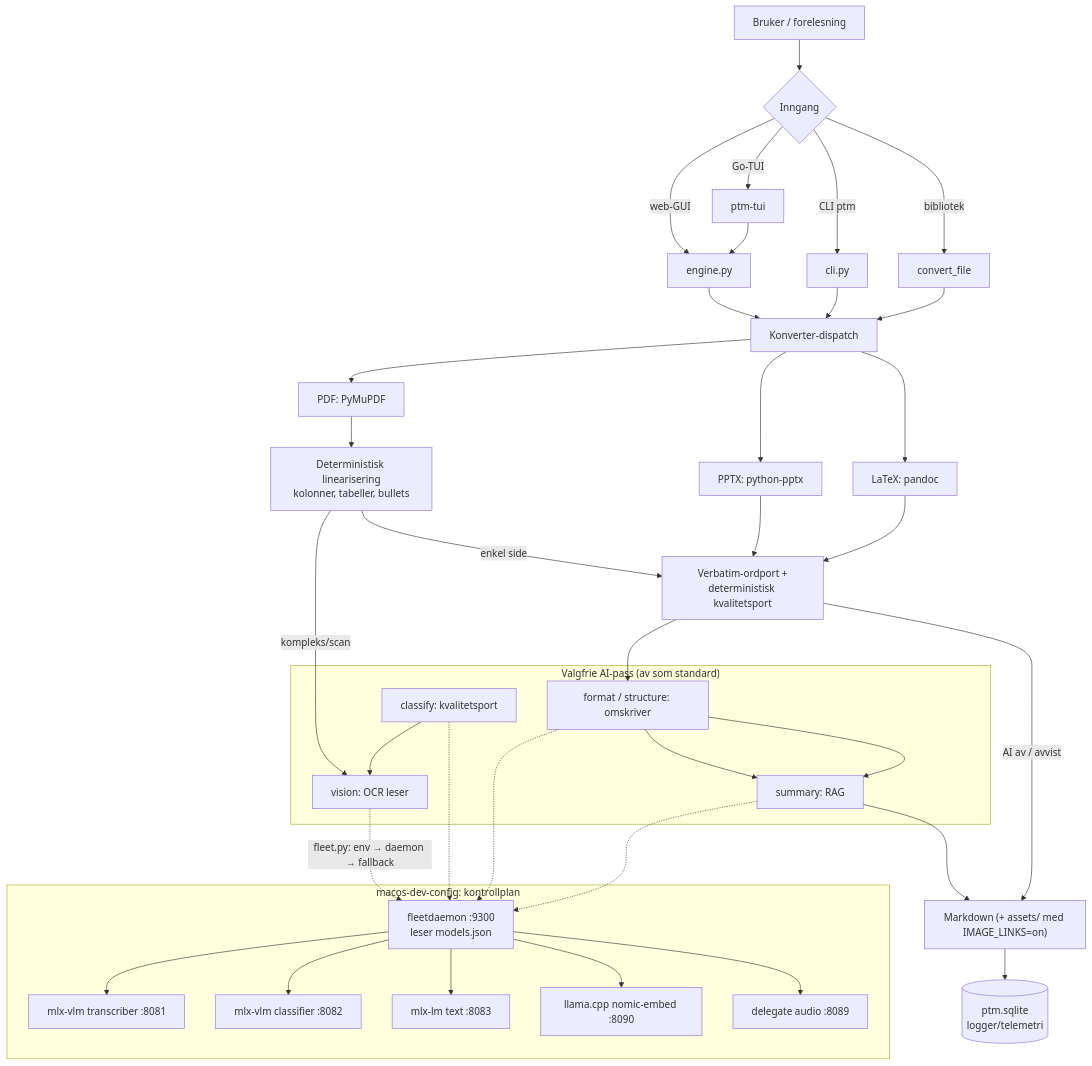
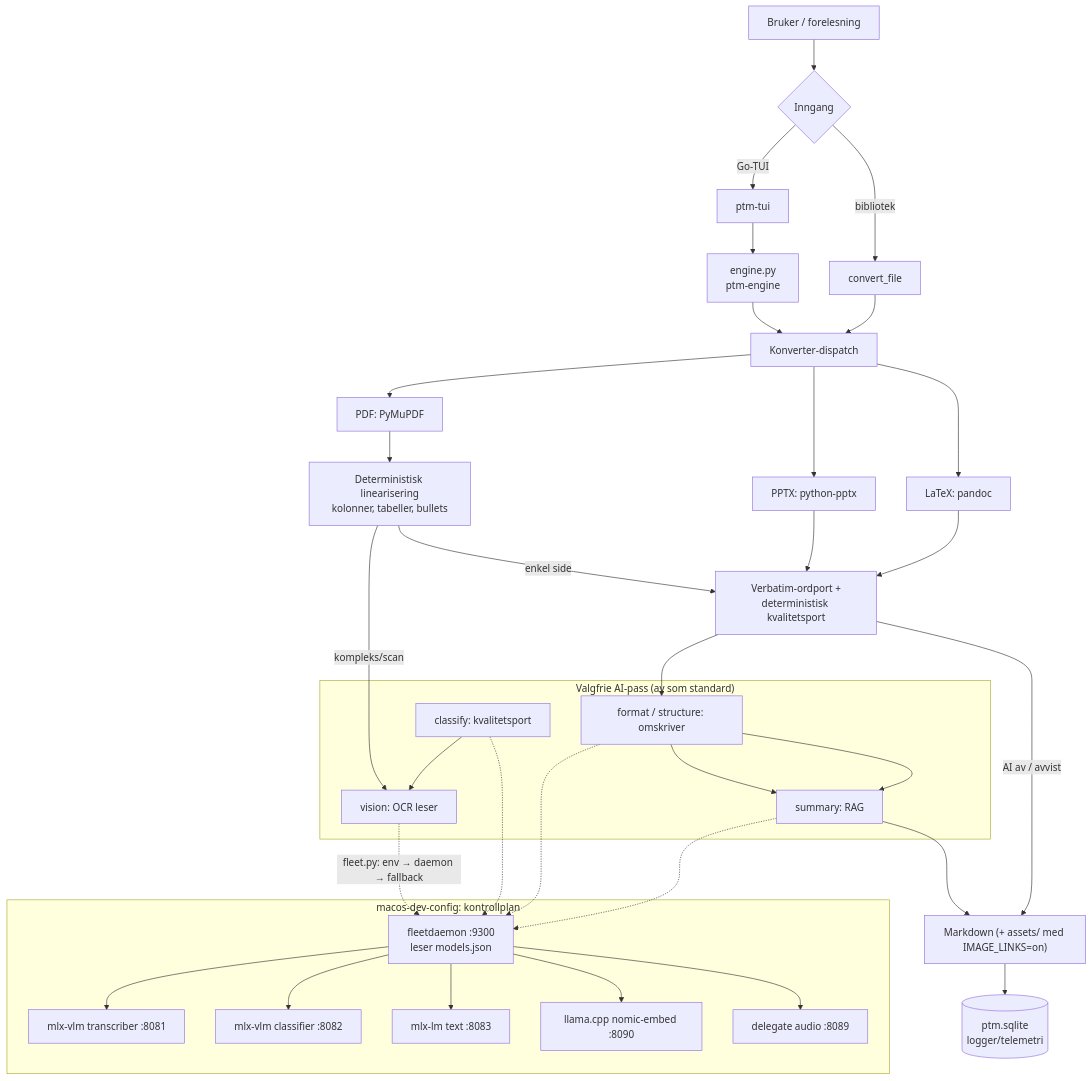
The first of 2 diagrams in docs/presentasjon.md (Snorre98/PresentationToMarkdown), drawn with Mermaid before and after one commit. The commit also changed other lines of this file and 58 other files, not shown here.

First line of the commit message:
removes the desktop GUI, web dashboard, and Python CLIs; ptm-tui is the sole interface

````diff
--- a/docs/presentasjon.md
+++ b/docs/presentasjon.md
@@ -60,49 +60,46 @@
 ```mermaid
 flowchart TD
     U[Bruker / forelesning] --> E{Inngang}
-    E -->|web-GUI| ENG[engine.py]
-    E -->|CLI ptm| CLI[cli.py]
     E -->|Go-TUI| TUI[ptm-tui]
     E -->|bibliotek| API[convert_file]
 
+    TUI --> ENG[engine.py<br/>ptm-engine]
     ENG --> DISP
-    CLI --> DISP
-    TUI --> ENG
     API --> DISP
 
     DISP[Konverter-dispatch] --> PPTX[PPTX: python-pptx]
     DISP --> PDF[PDF: PyMuPDF]
     DISP --> TEX[LaTeX: pandoc]
 
     PDF --> DET[Deterministisk linearisering<br/>kolonner, tabeller, bullets]
     DET -->|enkel side| GATE
     DET -->|kompleks/scan| VIS
 
     PPTX --> GATE
     TEX --> GATE
 
     subgraph AI["Valgfrie AI-pass (av som standard)"]
         CLS[classify: kvalitetsport] --> VIS[vision: OCR leser]
         FMT[format / structure: omskriver] --> SUM[summary: RAG]
     end
 
     GATE[Verbatim-ordport +<br/>deterministisk kvalitetsport] --> FMT
     FMT --> SUM --> OUT["Markdown (+ assets/ med IMAGE_LINKS=on)"]
     GATE -->|AI av / avvist| OUT
 
     subgraph CP["macos-dev-config: kontrollplan"]
         FD[fleetdaemon :9300<br/>leser models.json]
         FD --> M1[mlx-vlm transcriber :8081]
         FD --> M2[mlx-vlm classifier :8082]
         FD --> M3[mlx-lm text :8083]
         FD --> M4[llama.cpp nomic-embed :8090]
         FD --> M5[delegate audio :8089]
     end
 
     VIS -.->|fleet.py: env → daemon → fallback| FD
     CLS -.-> FD
     FMT -.-> FD
     SUM -.-> FD
 
     OUT --> LOG[(ptm.sqlite<br/>logger/telemetri)]
 ```
````
